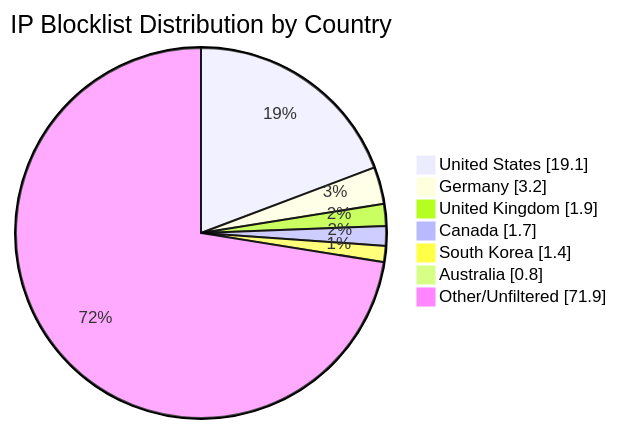
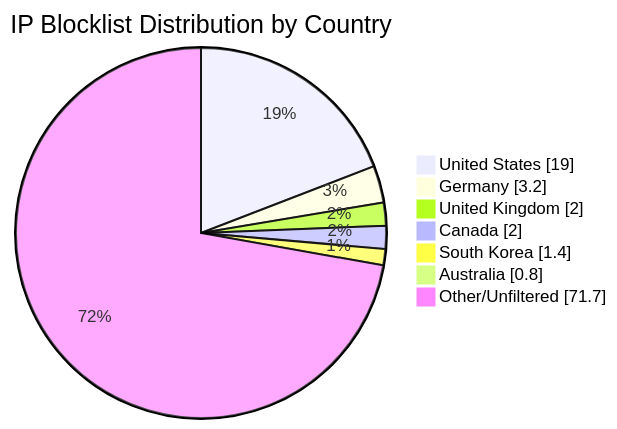
The diagram in README.md (MarcusHoltz/ipblocklist-geofiltered-aggregator), drawn with Mermaid before and after one commit. The commit also changed other lines of this file and 9 other files, not shown here.

````diff
--- a/README.md
+++ b/README.md
@@ -34,10 +34,10 @@
 ```mermaid
 pie showData title IP Blocklist Distribution by Country
-"United States" : 19.1
+"United States" : 19.0
 "Germany" : 3.2
-"United Kingdom" : 1.9
-"Canada" : 1.7
+"United Kingdom" : 2.0
+"Canada" : 2.0
 "South Korea" : 1.4
 "Australia" : 0.8
-"Other/Unfiltered" : 71.9
+"Other/Unfiltered" : 71.7
 ```
````
